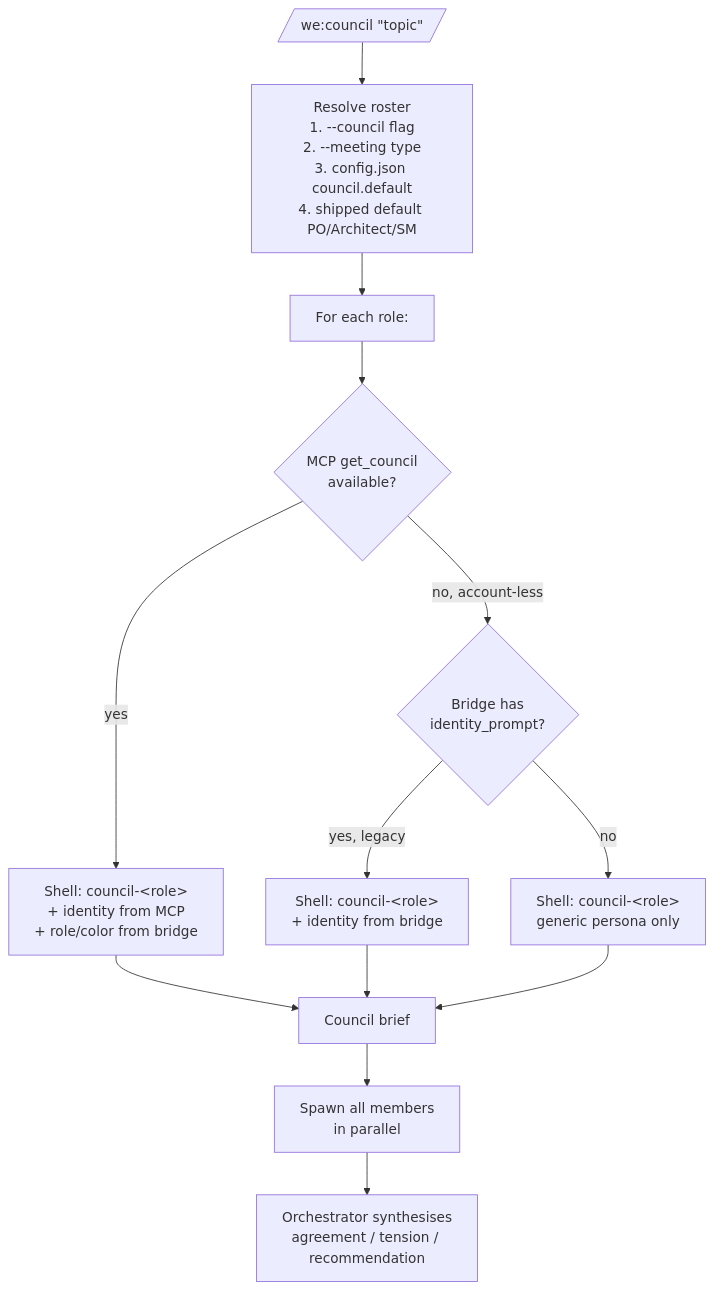
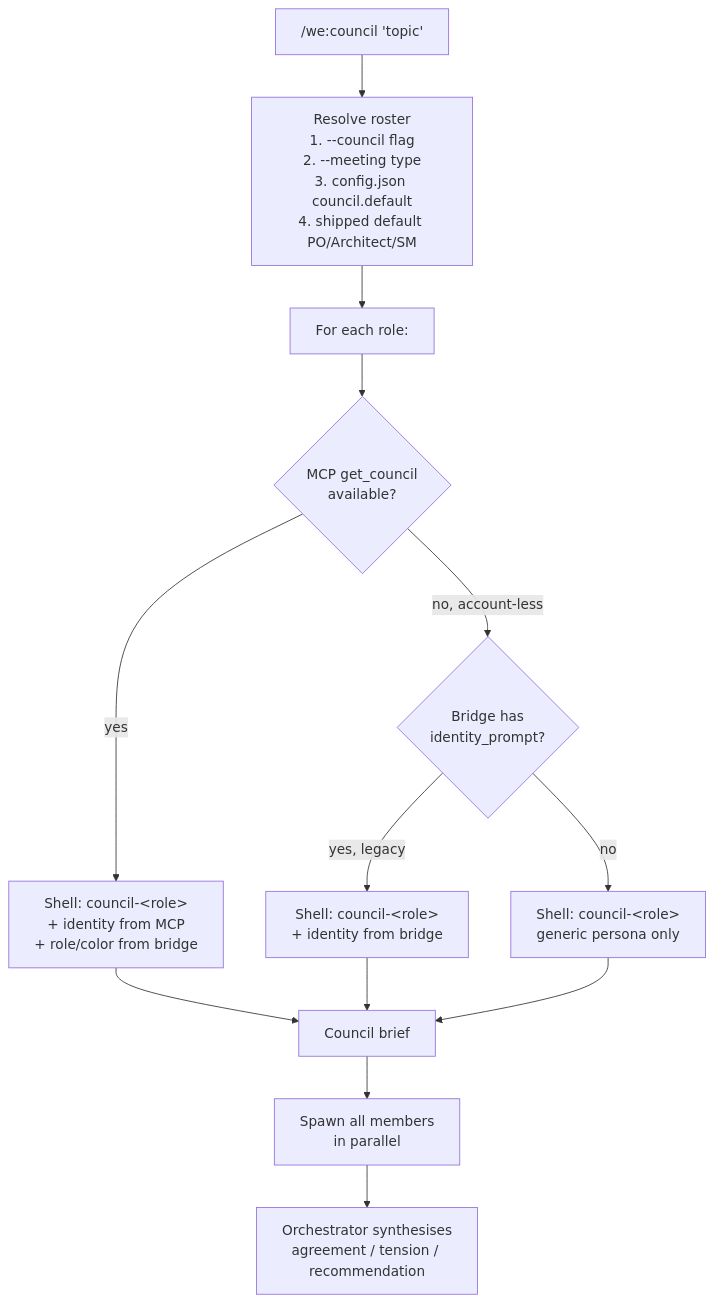
The diagram in docs/concepts/companion-framework.md (weside-ai/claude-code-plugin), drawn with Mermaid before and after one commit. The commit also changed 4 other files, not shown here.

````diff
--- a/docs/concepts/companion-framework.md
+++ b/docs/concepts/companion-framework.md
@@ -89,15 +89,15 @@
 ```mermaid
 flowchart TD
-    Topic[/we:council &quot;topic&quot;/] --> Roster[Resolve roster<br/>1. --council flag<br/>2. --meeting type<br/>3. config.json council.default<br/>4. shipped default PO/Architect/SM]
+    Topic["/we:council 'topic'"] --> Roster[Resolve roster<br/>1. --council flag<br/>2. --meeting type<br/>3. config.json council.default<br/>4. shipped default PO/Architect/SM]
     Roster --> Loop[For each role:]
     Loop --> MCP{MCP get_council<br/>available?}
     MCP -->|yes| Combine[Shell: council-&lt;role&gt;<br/>+ identity from MCP<br/>+ role/color from bridge]
     MCP -->|no, account-less| FatBridge{Bridge has<br/>identity_prompt?}
     FatBridge -->|yes, legacy| BridgeOnly[Shell: council-&lt;role&gt;<br/>+ identity from bridge]
     FatBridge -->|no| Generic[Shell: council-&lt;role&gt;<br/>generic persona only]
     Combine --> Brief[Council brief]
     BridgeOnly --> Brief
     Generic --> Brief
     Brief --> Spawn[Spawn all members<br/>in parallel]
     Spawn --> Synth[Orchestrator synthesises<br/>agreement / tension / recommendation]
 ```
````
